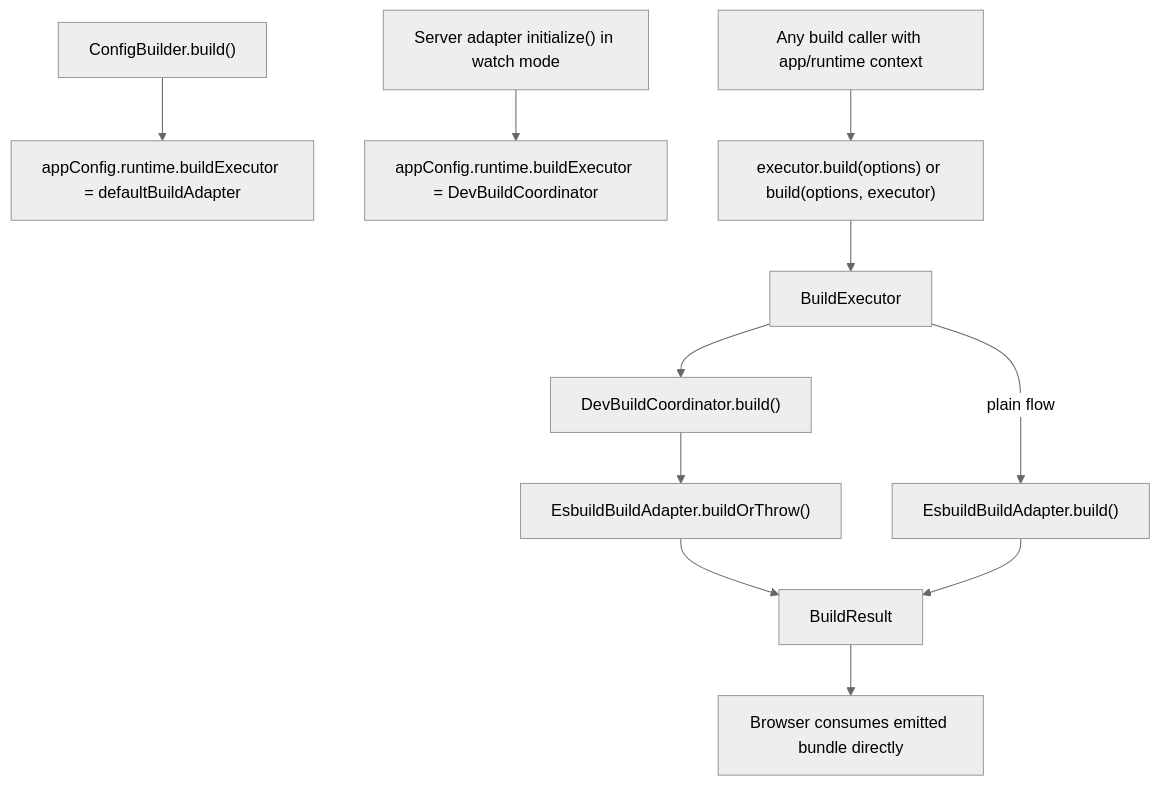
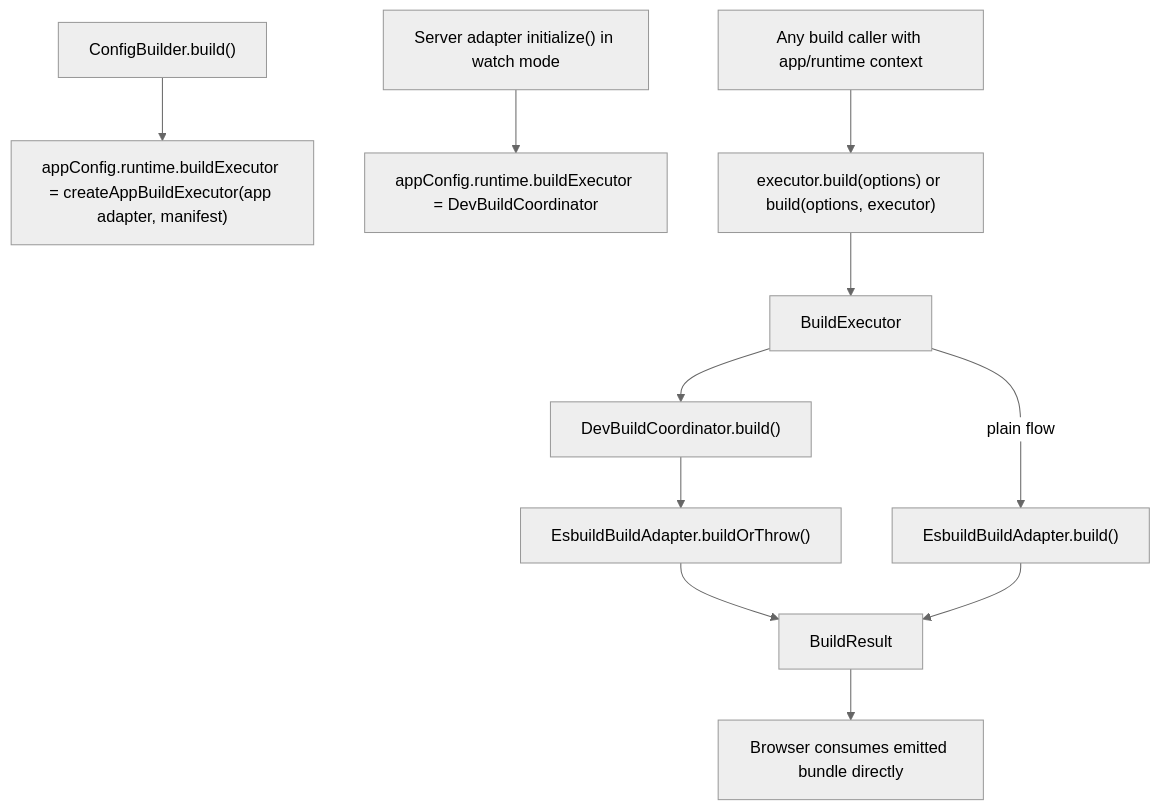
One commit to ecopages/ecopages changed the diagram in packages/core/src/build/README.md. Above: the diagram before and after it, drawn with Mermaid (neutral theme). The commit also changed other lines of this file and 6 other files, not shown here.

Commit message:
docs(core): recap runtime architecture direction

````diff
--- a/packages/core/src/build/README.md
+++ b/packages/core/src/build/README.md
@@ -55,13 +57,13 @@
 ```mermaid
 flowchart TD
-    Config["ConfigBuilder.build()"] --> DefaultExec["appConfig.runtime.buildExecutor = defaultBuildAdapter"]
+    Config["ConfigBuilder.build()"] --> DefaultExec["appConfig.runtime.buildExecutor = createAppBuildExecutor(app adapter, manifest)"]
     Adapter["Server adapter initialize() in watch mode"] --> DevExec["appConfig.runtime.buildExecutor = DevBuildCoordinator"]
     Caller["Any build caller with app/runtime context"] --> Build["executor.build(options) or build(options, executor)"]
     Build --> Executor["BuildExecutor"]
     Executor --> Coordinator["DevBuildCoordinator.build()"]
     Coordinator --> Backend["EsbuildBuildAdapter.buildOrThrow()"]
     Executor -->|plain flow| Direct["EsbuildBuildAdapter.build()"]
     Backend --> Result["BuildResult"]
     Direct --> Result["BuildResult"]
     Result --> Browser["Browser consumes emitted bundle directly"]
 ```
````
